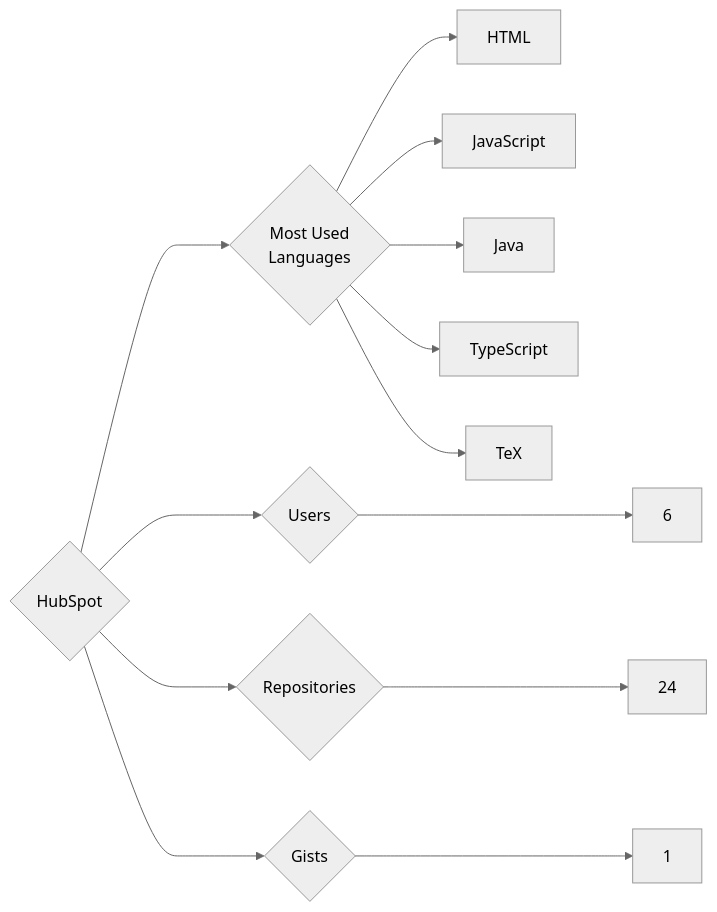
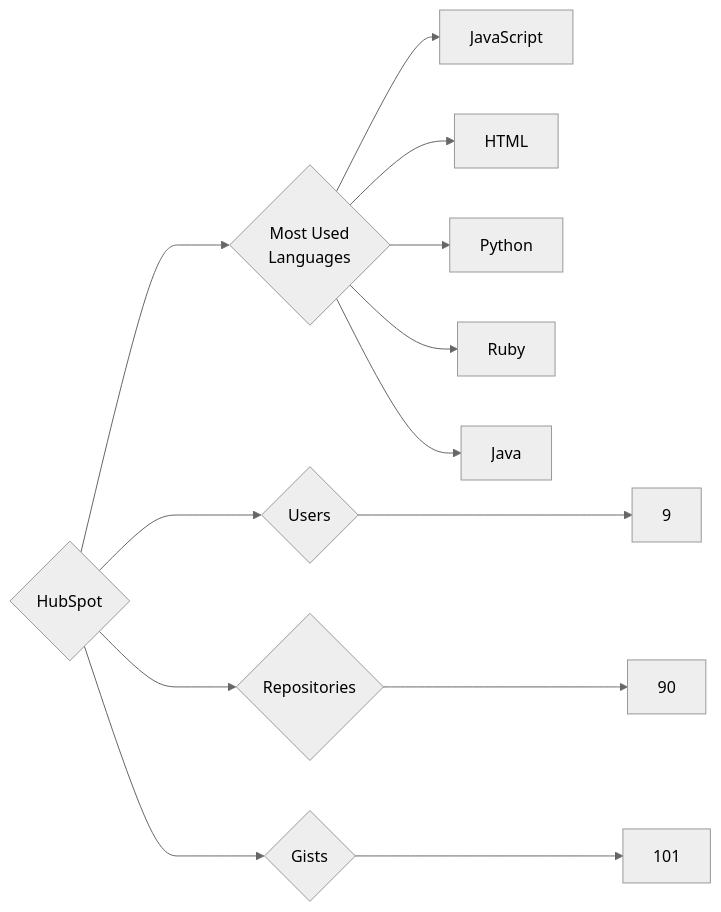
One commit to trickest/insiders changed the diagram in targets/HubSpot/README.md. Above: the diagram before and after it, drawn with Mermaid (neutral theme). The commit also changed 1120 other files, not shown here.

````diff
--- a/targets/HubSpot/README.md
+++ b/targets/HubSpot/README.md
@@ -3,13 +3,13 @@
 ```mermaid
 graph LR
 COMPANY_NAME{HubSpot}
-COMPANY_NAME ---> U{Users} ---> UN[6]
-COMPANY_NAME ---> R{Repositories} ---> RN[24]
-COMPANY_NAME ---> G{Gists} ---> GN[1]
+COMPANY_NAME ---> U{Users} ---> UN[9]
+COMPANY_NAME ---> R{Repositories} ---> RN[90]
+COMPANY_NAME ---> G{Gists} ---> GN[101]
 COMPANY_NAME ---> ML{Most Used<br>Languages}
+ML --> JavaScript[JavaScript]
 ML --> HTML[HTML]
-ML --> JavaScript[JavaScript]
+ML --> Python[Python]
+ML --> Ruby[Ruby]
 ML --> Java[Java]
-ML --> TypeScript[TypeScript]
-ML --> TeX[TeX]
 ```
````
